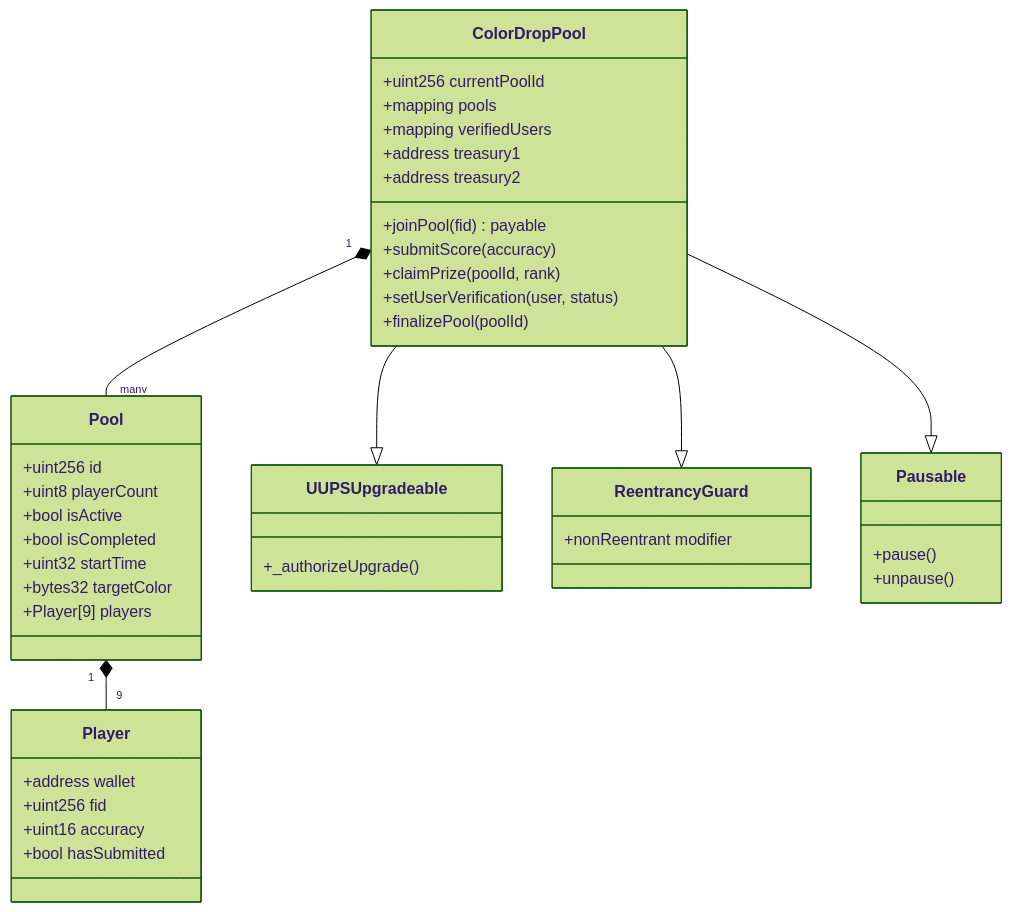
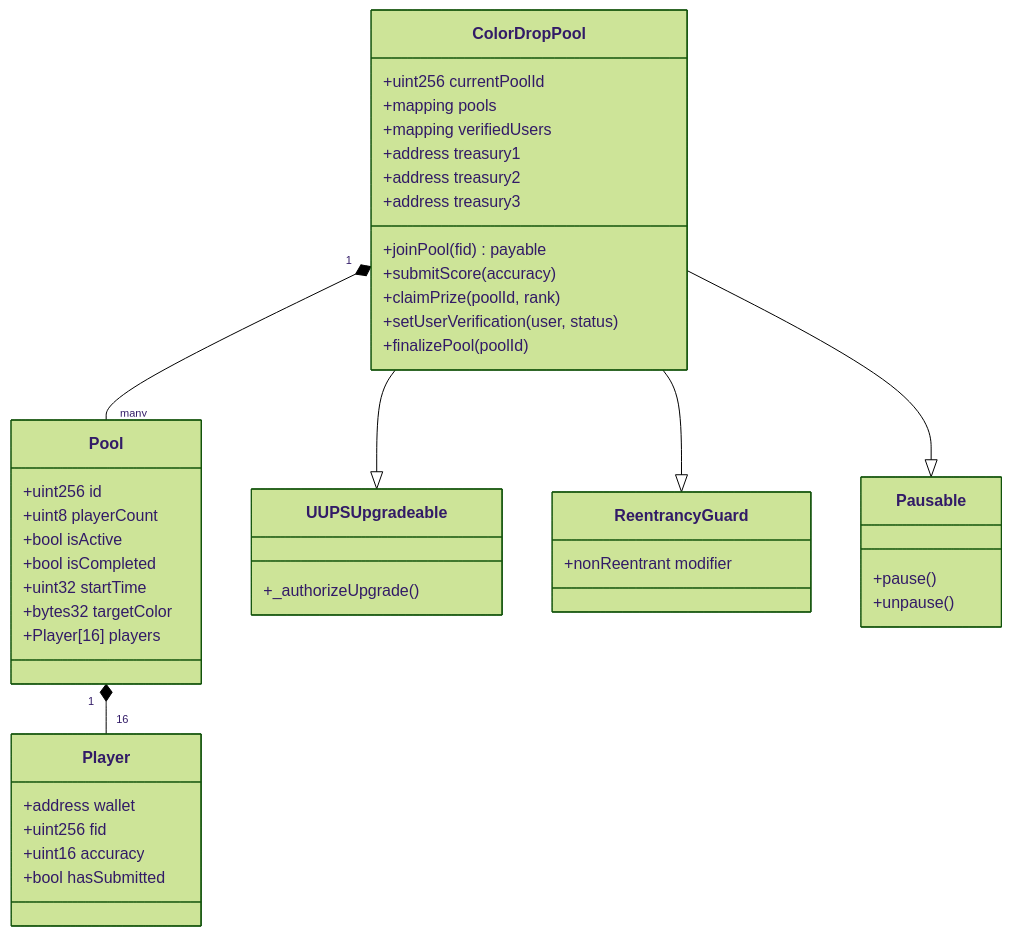
One commit to Art3-Hub/ColorDrop changed the seventh of 9 diagrams in README.md. Above: the diagram before and after it, drawn with Mermaid (forest theme). The commit also changed other lines of this file and 18 other files, not shown here.

````diff
--- a/README.md
+++ b/README.md
@@ -326,51 +326,52 @@
 ```mermaid
 classDiagram
     class ColorDropPool {
         +uint256 currentPoolId
         +mapping pools
         +mapping verifiedUsers
         +address treasury1
         +address treasury2
+        +address treasury3
         +joinPool(fid) payable
         +submitScore(accuracy)
         +claimPrize(poolId, rank)
         +setUserVerification(user, status)
         +finalizePool(poolId)
     }
 
     class Pool {
         +uint256 id
         +uint8 playerCount
         +bool isActive
         +bool isCompleted
         +uint32 startTime
         +bytes32 targetColor
-        +Player[9] players
+        +Player[16] players
     }
 
     class Player {
         +address wallet
         +uint256 fid
         +uint16 accuracy
         +bool hasSubmitted
     }
 
     class UUPSUpgradeable {
         +_authorizeUpgrade()
     }
 
     class ReentrancyGuard {
         +nonReentrant modifier
     }
 
     class Pausable {
         +pause()
         +unpause()
     }
 
     ColorDropPool --|> UUPSUpgradeable
     ColorDropPool --|> ReentrancyGuard
     ColorDropPool --|> Pausable
     ColorDropPool "1" *-- "many" Pool
-    Pool "1" *-- "9" Player
+    Pool "1" *-- "16" Player
 ```
````
